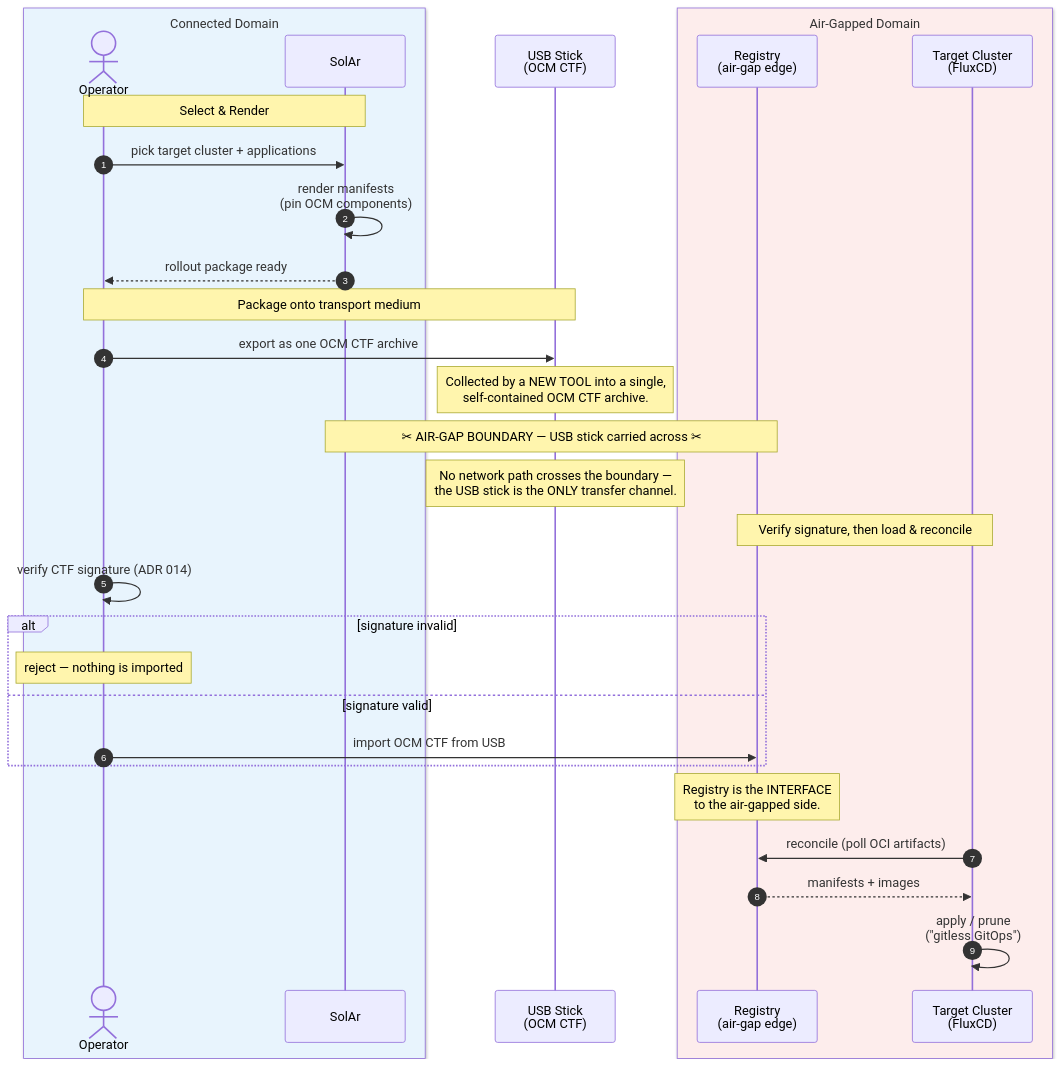
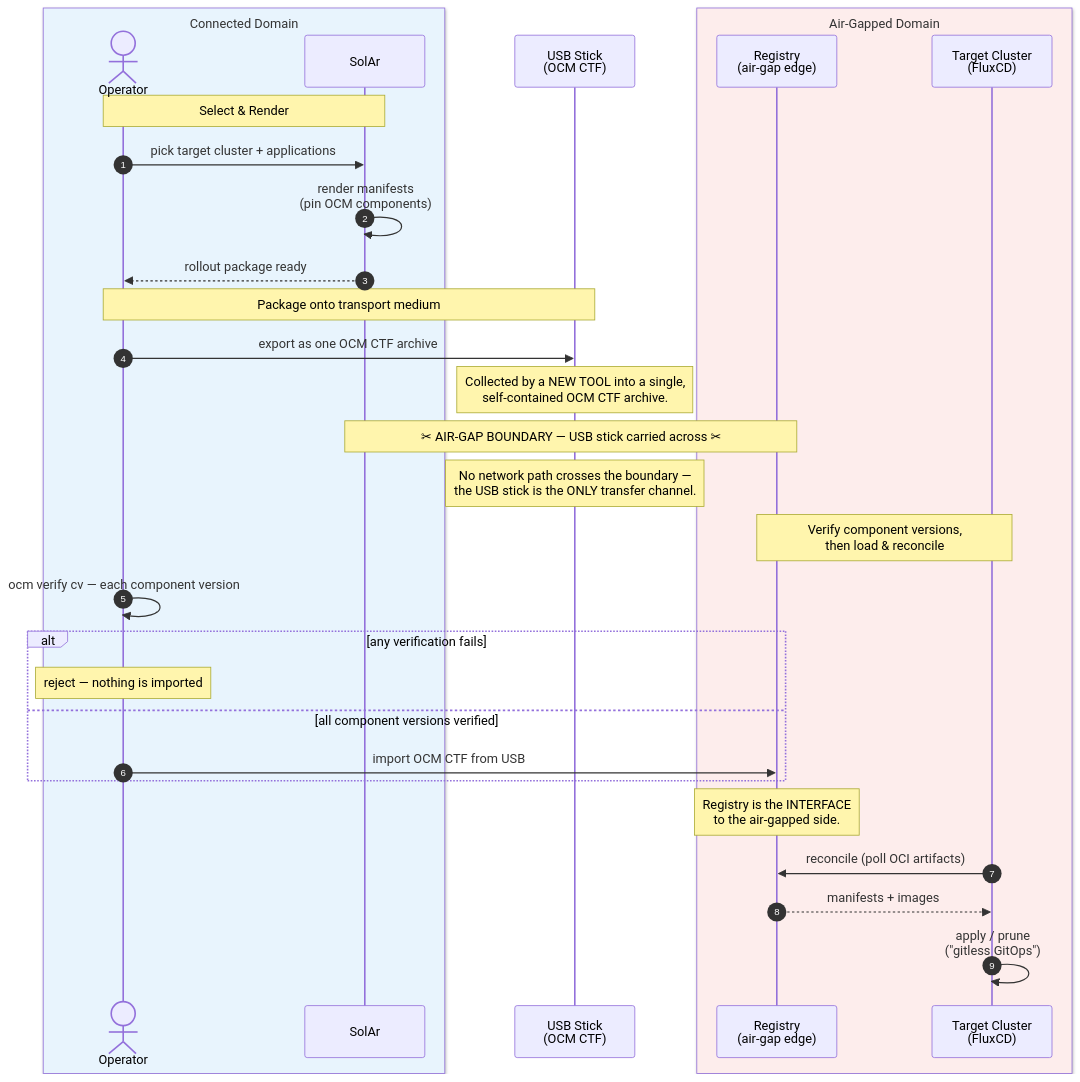
One commit to opendefensecloud/solution-arsenal changed the diagram in docs/developer-guide/adrs/img/016-airgap-render-then-transport.mmd. Above: the diagram before and after it, drawn with Mermaid. The commit also changed 2 other files, not shown here.

Commit message:
docs(adr-016): signing model corrected

```diff
--- a/docs/developer-guide/adrs/img/016-airgap-render-then-transport.mmd
+++ b/docs/developer-guide/adrs/img/016-airgap-render-then-transport.mmd
@@ -1,42 +1,42 @@
 %% Air-Gapped Catalog Chaining — Alternative pattern: Render, Transport, Gitless GitOps
 %% Selection + rendering happen in the CONNECTED domain. The result is packaged
 %% into an OCM Common Transport Format (CTF) archive on a USB stick, carried
 %% across the air-gap boundary, and reconciled into the AIR-GAPPED domain.
 sequenceDiagram
     autonumber
 
     box rgb(232,244,253) Connected Domain
         actor User as Operator
         participant SolAr as SolAr
     end
 
     participant USB as USB Stick<br/>(OCM CTF)
 
     box rgb(253,237,236) Air-Gapped Domain
         participant Reg as Registry<br/>(air-gap edge)
         participant Cluster as Target Cluster<br/>(FluxCD)
     end
 
     Note over User,SolAr: Select & Render
     User->>SolAr: pick target cluster + applications
     SolAr->>SolAr: render manifests<br/>(pin OCM components)
     SolAr-->>User: rollout package ready
 
     Note over User,USB: Package onto transport medium
     User->>USB: export as one OCM CTF archive
     Note over USB: Collected by a NEW TOOL into a single,<br/>self-contained OCM CTF archive.
 
     Note over SolAr,Reg: ✂ AIR-GAP BOUNDARY — USB stick carried across ✂
     Note over USB: No network path crosses the boundary —<br/>the USB stick is the ONLY transfer channel.
 
-    Note over Reg,Cluster: Verify signature, then load & reconcile
-    User->>User: verify CTF signature (ADR 014)
-    alt signature invalid
+    Note over Reg,Cluster: Verify component versions,<br/>then load & reconcile
+    User->>User: ocm verify cv — each component version
+    alt any verification fails
         Note over User: reject — nothing is imported
-    else signature valid
+    else all component versions verified
         User->>Reg: import OCM CTF from USB
     end
     Note over Reg: Registry is the INTERFACE<br/>to the air-gapped side.
     Cluster->>Reg: reconcile (poll OCI artifacts)
     Reg-->>Cluster: manifests + images
     Cluster->>Cluster: apply / prune<br/>("gitless GitOps")
```
